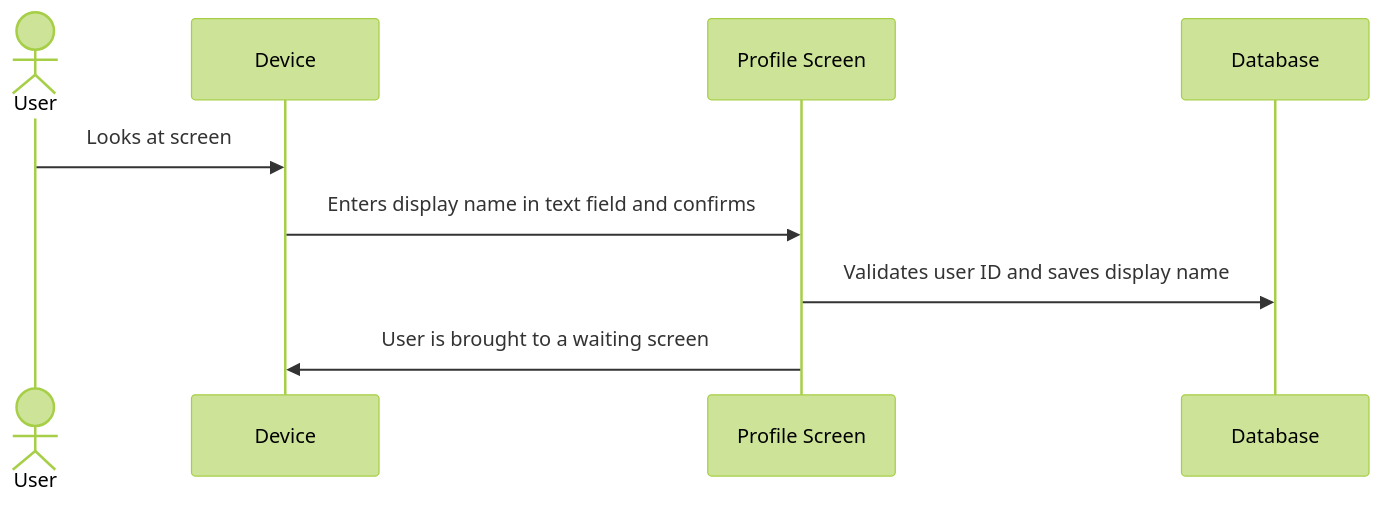
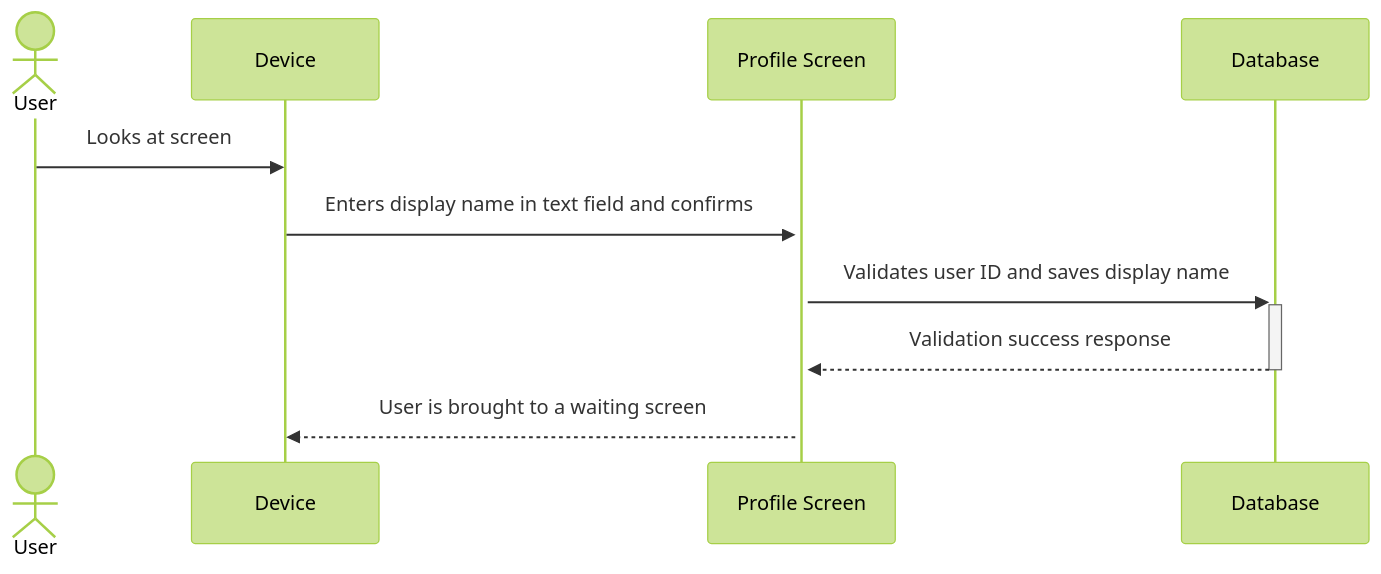
Before and after one commit to henryschoemer/project-aac-game-team-b_bugfix_team6: the second of 3 diagrams in documentation/docs/requirements/use-case-descriptions.md, drawn with Mermaid (forest theme). The commit also changed other lines of this file, not shown here.

Commit message:
Fixed sequence diagram arrows and direction

````diff
--- a/documentation/docs/requirements/use-case-descriptions.md
+++ b/documentation/docs/requirements/use-case-descriptions.md
@@ -48,12 +48,14 @@
 ```mermaid
-sequenceDiagram 
+sequenceDiagram
     actor User
     participant D as Device
     participant PS as Profile Screen
     participant DB as Database
 
     User ->> D: Looks at screen
-    D ->> PS: Enters display name in text field and confirms
-    PS ->> DB: Validates user ID and saves display name
-    PS ->> D: User is brought to a waiting screen
+    D ->>+ PS: Enters display name in text field and confirms
+    PS ->>+ DB: Validates user ID and saves display name
+    DB -->>- PS: Validation success response
+    PS -->> D: User is brought to a waiting screen
+
 ```
````
